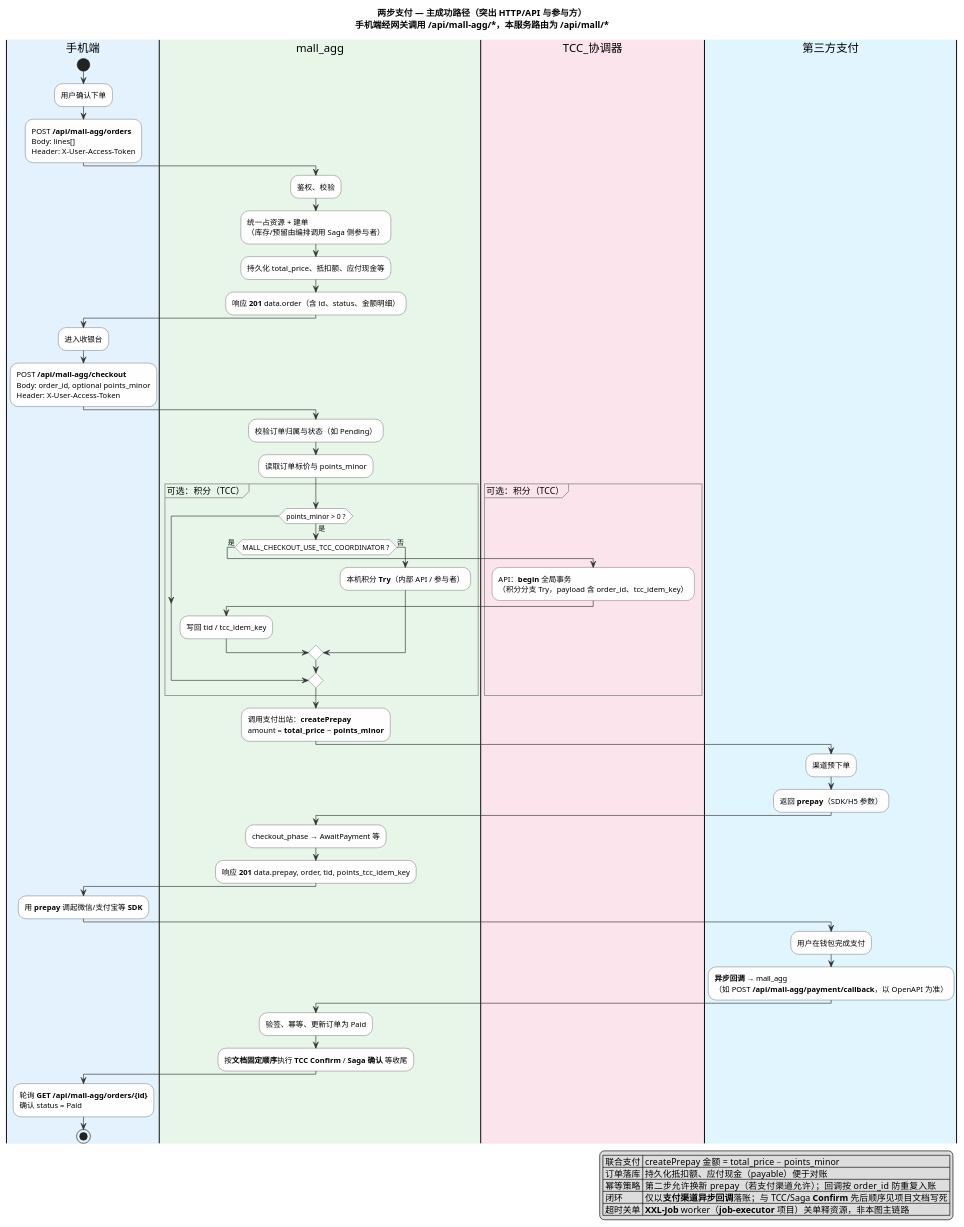
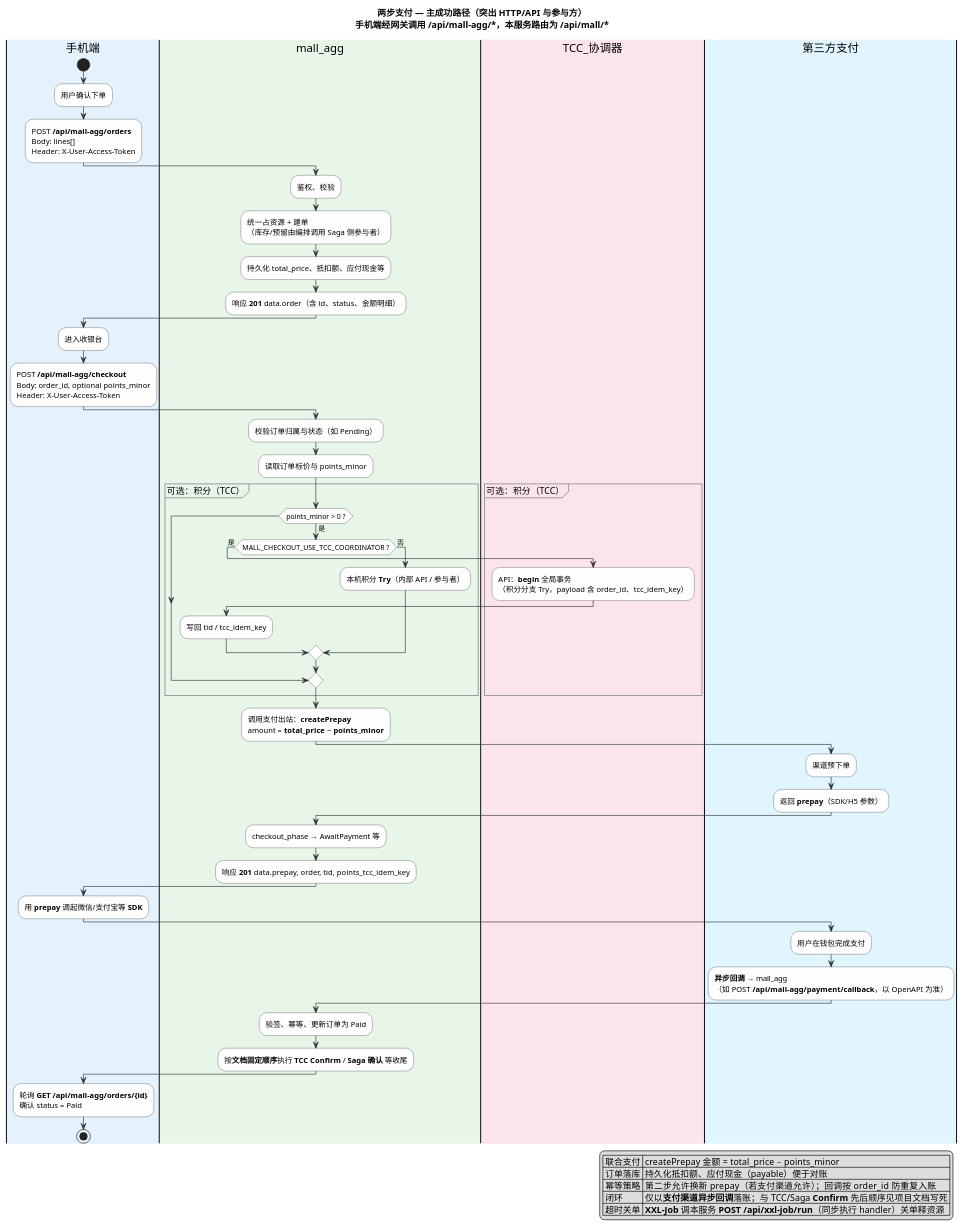
The first of 4 diagrams in docs/design/pay.puml (zhang1career/mall-agg), drawn with PlantUML before and after one commit. The commit also changed other lines of this file and 20 other files, not shown here.

Commit message:
xxl-job executor added

```diff
--- a/docs/design/pay.puml
+++ b/docs/design/pay.puml
@@ -1,75 +1,75 @@
 @startuml pay_two_step_happy_path
 title 两步支付 — 主成功路径（突出 HTTP/API 与参与方）\n手机端经网关调用 **/api/mall-agg/***，本服务路由为 **/api/mall/***
 
 skinparam ActivityBackgroundColor #FEFEFE
 skinparam ActivityBorderColor #333333
 skinparam ArrowColor #333333
 skinparam PartitionBorderColor #999999
 
 legend right
   | 联合支付 | createPrepay 金额 = total_price − points_minor |
   | 订单落库 | 持久化抵扣额、应付现金（payable）便于对账 |
   | 幂等策略 | 第二步允许换新 prepay（若支付渠道允许）；回调按 order_id 防重复入账 |
   | 闭环 | 仅以**支付渠道异步回调**落账；与 TCC/Saga **Confirm** 先后顺序见项目文档写死 |
-  | 超时关单 | **XXL-Job** worker（**job-executor** 项目）关单释资源，非本图主链路 |
+  | 超时关单 | **XXL-Job** 调本服务 **POST /api/xxl-job/run**（同步执行 handler）关单释资源 |
 endlegend
 
 |#E3F2FD|手机端|
 start
 :用户确认下单;
 :POST **/api/mall-agg/orders**\nBody: lines[]\nHeader: X-User-Access-Token;
 
 |#E8F5E9|mall_agg|
 :鉴权、校验;
 :统一占资源 + 建单\n（库存/预留由编排调用 Saga 侧参与者）;
 :持久化 total_price、抵扣额、应付现金等;
 :响应 **201** data.order（含 id、status、金额明细）;
 
 |手机端|
 :进入收银台;
 :POST **/api/mall-agg/checkout**\nBody: order_id, optional points_minor\nHeader: X-User-Access-Token;
 
 |mall_agg|
 :校验订单归属与状态（如 Pending）;
 :读取订单标价与 points_minor;
 
 partition "可选：积分（TCC）" {
   if (points_minor > 0 ?) then (是)
     if (MALL_CHECKOUT_USE_TCC_COORDINATOR ?) then (是)
       |#FCE4EC|TCC_协调器|
       :API：**begin** 全局事务\n（积分分支 Try，payload 含 order_id、tcc_idem_key）;
       |mall_agg|
       :写回 tid / tcc_idem_key;
     else (否)
       :本机积分 **Try**（内部 API / 参与者）;
     endif
   endif
 }
 
 |mall_agg|
 :调用支付出站：**createPrepay**\namount = **total_price − points_minor**;
 
 |#E1F5FE|第三方支付|
 :渠道预下单;
 :返回 **prepay**（SDK/H5 参数）;
 
 |mall_agg|
 :checkout_phase → AwaitPayment 等;
 :响应 **201** data.prepay, order, tid, points_tcc_idem_key;
 
 |手机端|
 :用 **prepay** 调起微信/支付宝等 **SDK**;
 
 |第三方支付|
 :用户在钱包完成支付;
 :**异步回调** → mall_agg\n（如 POST **/api/mall-agg/payment/callback**，以 OpenAPI 为准）;
 
 |mall_agg|
 :验签、幂等、更新订单为 Paid;
 :按**文档固定顺序**执行 **TCC Confirm** / **Saga 确认** 等收尾;
 
 |手机端|
 :轮询 **GET /api/mall-agg/orders/{id}**\n确认 status = Paid;
 stop
 
 @enduml
```
